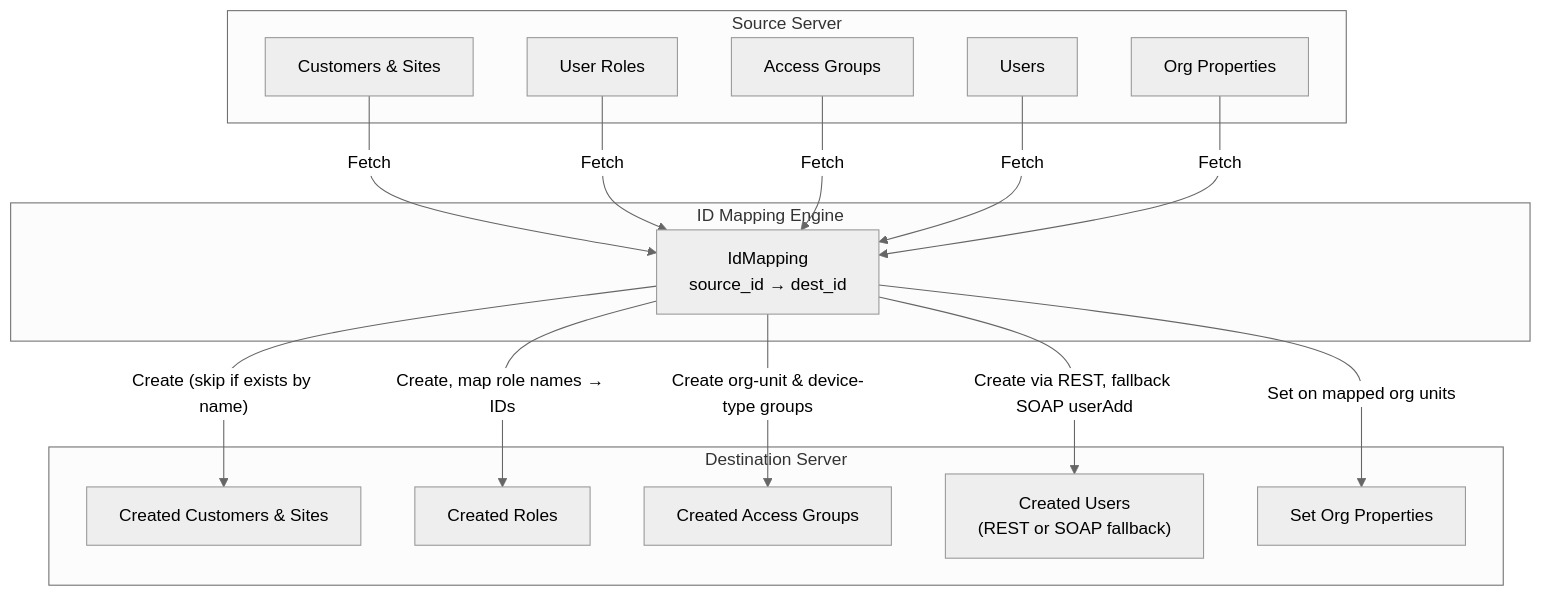
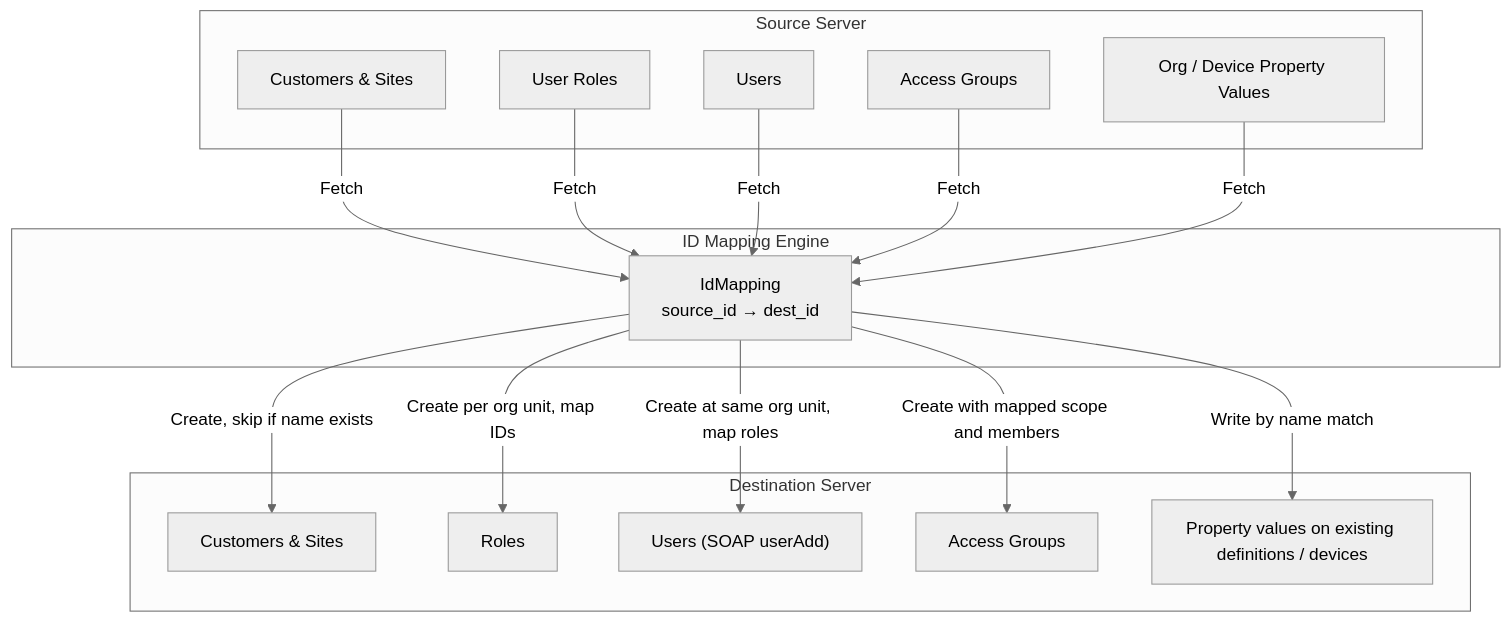
One commit to theonlytruebigmac/n-xport changed the ninth of 12 diagrams in docs/TECHNICAL_OVERVIEW.md. Above: the diagram before and after it, drawn with Mermaid (neutral theme). The commit also changed other lines of this file and 1 other file, not shown here.

````diff
--- a/docs/TECHNICAL_OVERVIEW.md
+++ b/docs/TECHNICAL_OVERVIEW.md
@@ -425,37 +465,33 @@
 ```mermaid
 graph TB
     subgraph "Source Server"
         S_CUST["Customers & Sites"]
         S_ROLES["User Roles"]
+        S_USERS["Users"]
         S_AG["Access Groups"]
-        S_USERS["Users"]
-        S_PROPS["Org Properties"]
+        S_PROPS["Org / Device Property Values"]
     end
 
     subgraph "ID Mapping Engine"
         MAP["IdMapping<br/>source_id → dest_id"]
     end
 
     subgraph "Destination Server"
-        D_CUST["Created Customers & Sites"]
-        D_ROLES["Created Roles"]
-        D_AG["Created Access Groups"]
-        D_USERS["Created Users<br/>(REST or SOAP fallback)"]
-        D_PROPS["Set Org Properties"]
+        D_CUST["Customers & Sites"]
+        D_ROLES["Roles"]
+        D_USERS["Users (SOAP userAdd)"]
+        D_AG["Access Groups"]
+        D_PROPS["Property values on existing definitions / devices"]
     end
 
     S_CUST -->|"Fetch"| MAP
-    MAP -->|"Create (skip if exists by name)"| D_CUST
-
+    MAP -->|"Create, skip if name exists"| D_CUST
     S_ROLES -->|"Fetch"| MAP
-    MAP -->|"Create, map role names → IDs"| D_ROLES
-
+    MAP -->|"Create per org unit, map IDs"| D_ROLES
+    S_USERS -->|"Fetch"| MAP
+    MAP -->|"Create at same org unit, map roles"| D_USERS
     S_AG -->|"Fetch"| MAP
-    MAP -->|"Create org-unit & device-type groups"| D_AG
-
-    S_USERS -->|"Fetch"| MAP
-    MAP -->|"Create via REST, fallback SOAP userAdd"| D_USERS
-
+    MAP -->|"Create with mapped scope and members"| D_AG
     S_PROPS -->|"Fetch"| MAP
-    MAP -->|"Set on mapped org units"| D_PROPS
+    MAP -->|"Write by name match"| D_PROPS
 ```
````
